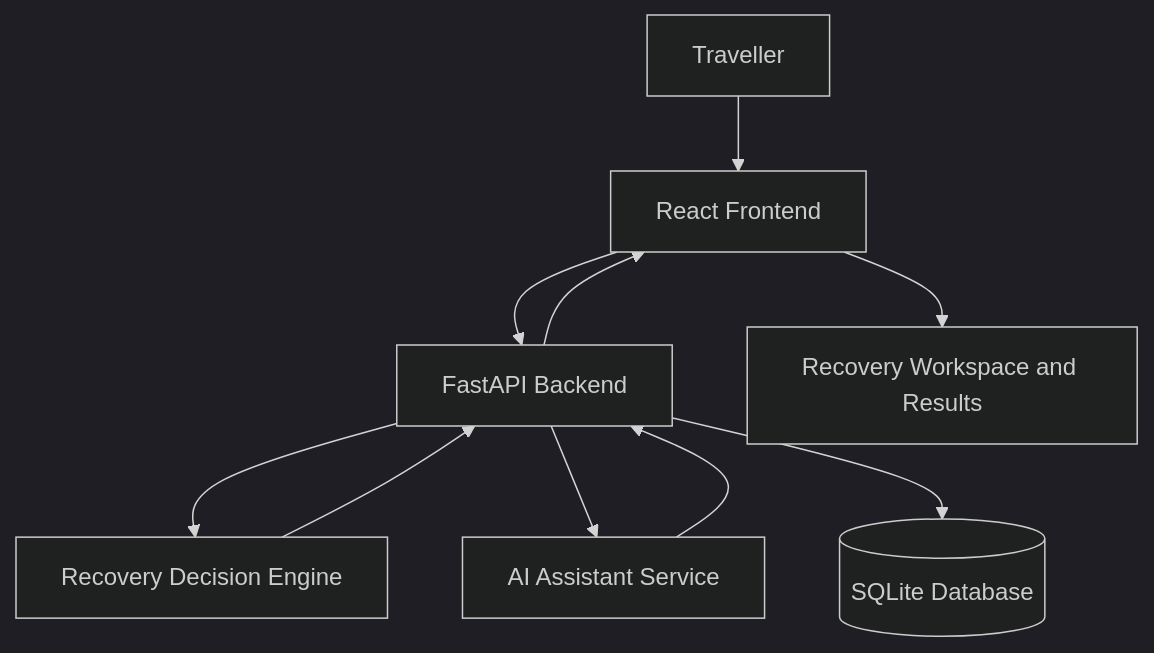
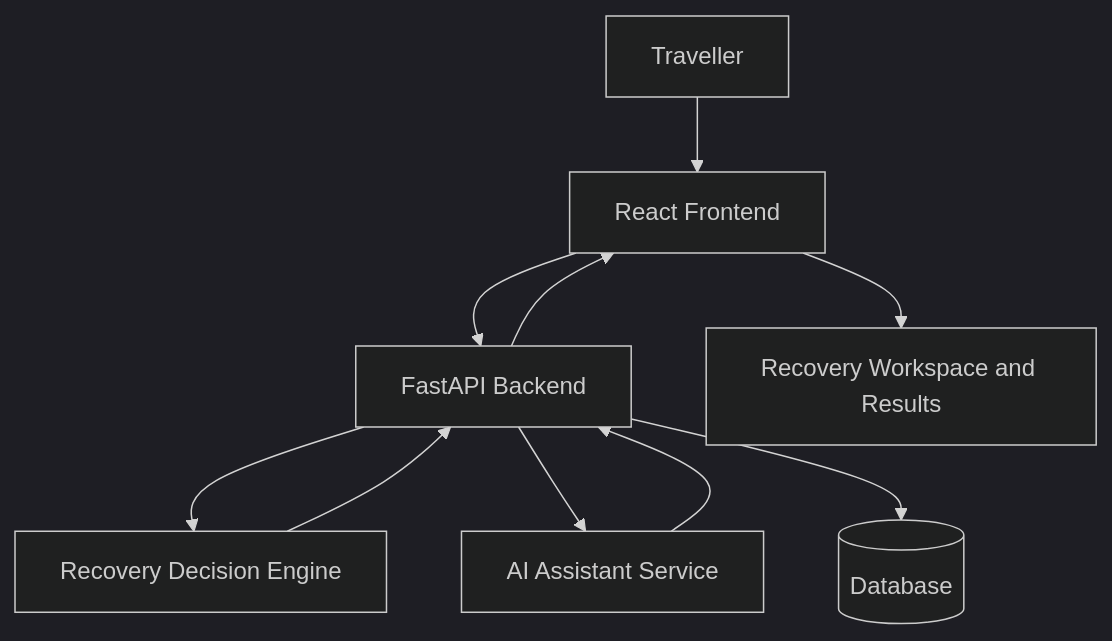
Before and after one commit to abhisheksuvarna782-coder/SAHYADRI-HAKATHON: the second of 2 diagrams in README.md, drawn with Mermaid (dark theme). The commit also changed other lines of this file, not shown here.

````diff
--- a/README.md
+++ b/README.md
@@ -97,12 +129,12 @@
 ```mermaid
 flowchart TB
     U[Traveller] --> FE[React Frontend]
     FE --> API[FastAPI Backend]
     API --> REC[Recovery Decision Engine]
     API --> AI[AI Assistant Service]
-    API --> DB[(SQLite Database)]
+    API --> DB[(Database)]
     REC --> API
     AI --> API
     API --> FE
     FE --> OUT[Recovery Workspace and Results]
 ```
````
